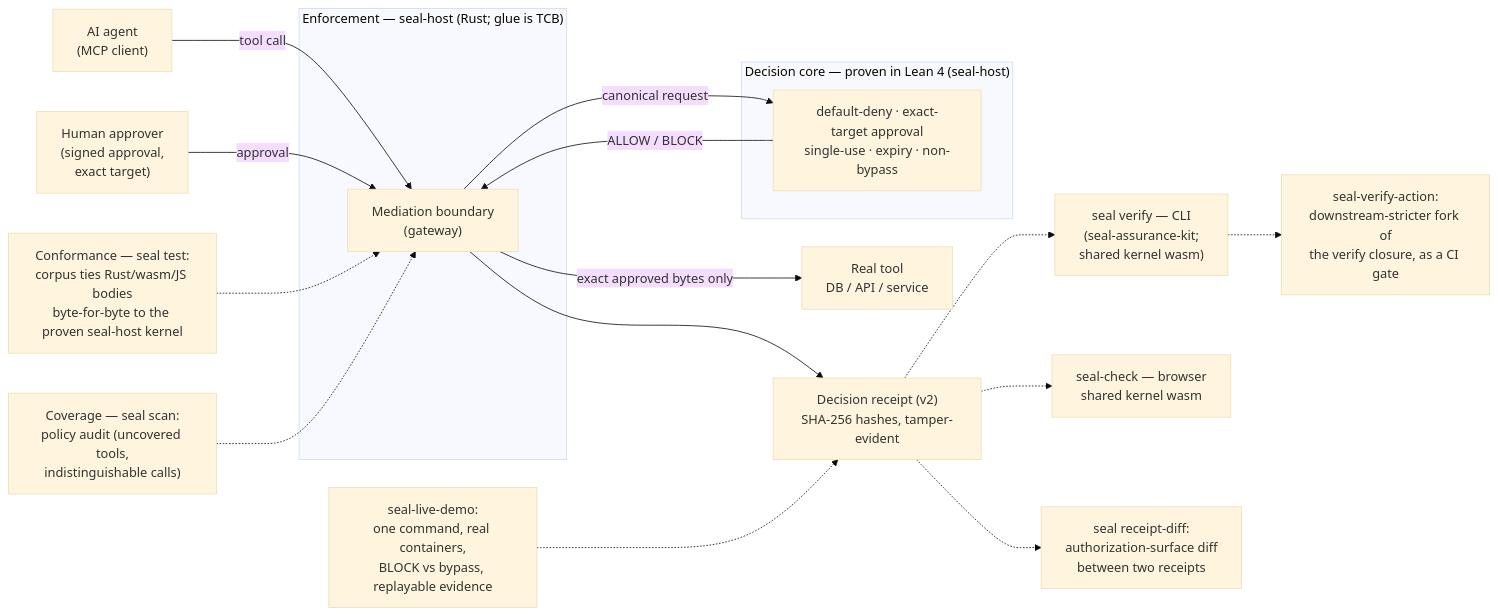
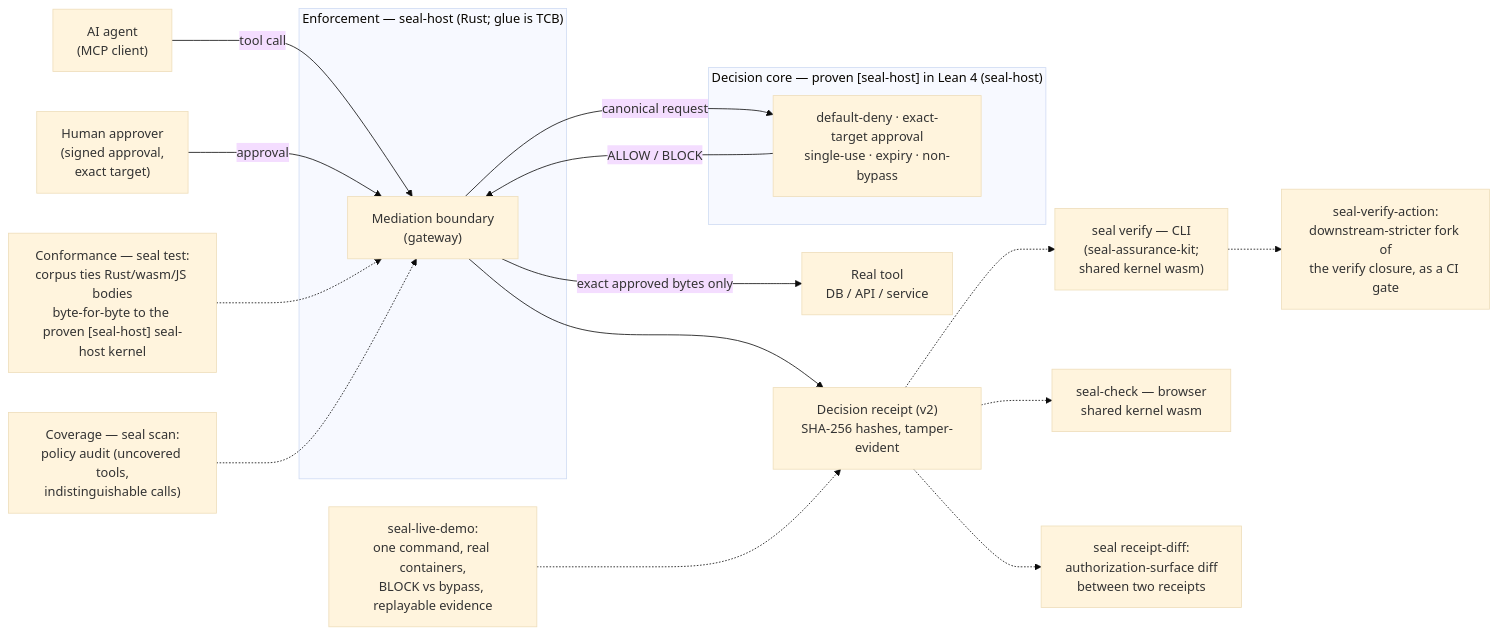
Before and after one commit to velvetmonkey/seal: the second of 2 diagrams in docs/assurance/architecture.md, drawn with Mermaid (base theme). The commit also changed other lines of this file and 4 other files, not shown here.

````diff
--- a/docs/assurance/architecture.md
+++ b/docs/assurance/architecture.md
@@ -57,32 +57,32 @@
 ```mermaid
 flowchart LR
     agent["AI agent\n(MCP client)"]
     human["Human approver\n(signed approval,\nexact target)"]
     tool["Real tool\nDB / API / service"]
 
     subgraph host["Enforcement — seal-host (Rust; glue is TCB)"]
         gw["Mediation boundary\n(gateway)"]
     end
 
-    subgraph kernel["Decision core — proven in Lean 4 (seal-host)"]
+    subgraph kernel["Decision core — proven [seal-host] in Lean 4 (seal-host)"]
         core["default-deny · exact-target approval\nsingle-use · expiry · non-bypass"]
     end
 
     agent -->|tool call| gw
     human -->|approval| gw
     gw -->|canonical request| core
     core -->|ALLOW / BLOCK| gw
     gw -->|exact approved bytes only| tool
 
     receipt["Decision receipt (v2)\nSHA-256 hashes, tamper-evident"]
     gw --> receipt
     receipt -.-> verify["seal verify — CLI\n(seal-assurance-kit;\nshared kernel wasm)"]
     receipt -.-> browser["seal-check — browser\nshared kernel wasm"]
     receipt -.-> rdiff["seal receipt-diff:\nauthorization-surface diff\nbetween two receipts"]
     verify -.-> action["seal-verify-action:\ndownstream-stricter fork of\nthe verify closure, as a CI gate"]
 
-    conf["Conformance — seal test:\ncorpus ties Rust/wasm/JS bodies\nbyte-for-byte to the proven seal-host kernel"] -.-> gw
+    conf["Conformance — seal test:\ncorpus ties Rust/wasm/JS bodies\nbyte-for-byte to the proven [seal-host] seal-host kernel"] -.-> gw
     scan["Coverage — seal scan:\npolicy audit (uncovered tools,\nindistinguishable calls)"] -.-> gw
 
     demo["seal-live-demo:\none command, real containers,\nBLOCK vs bypass, replayable evidence"] -.-> receipt
 ```
````
